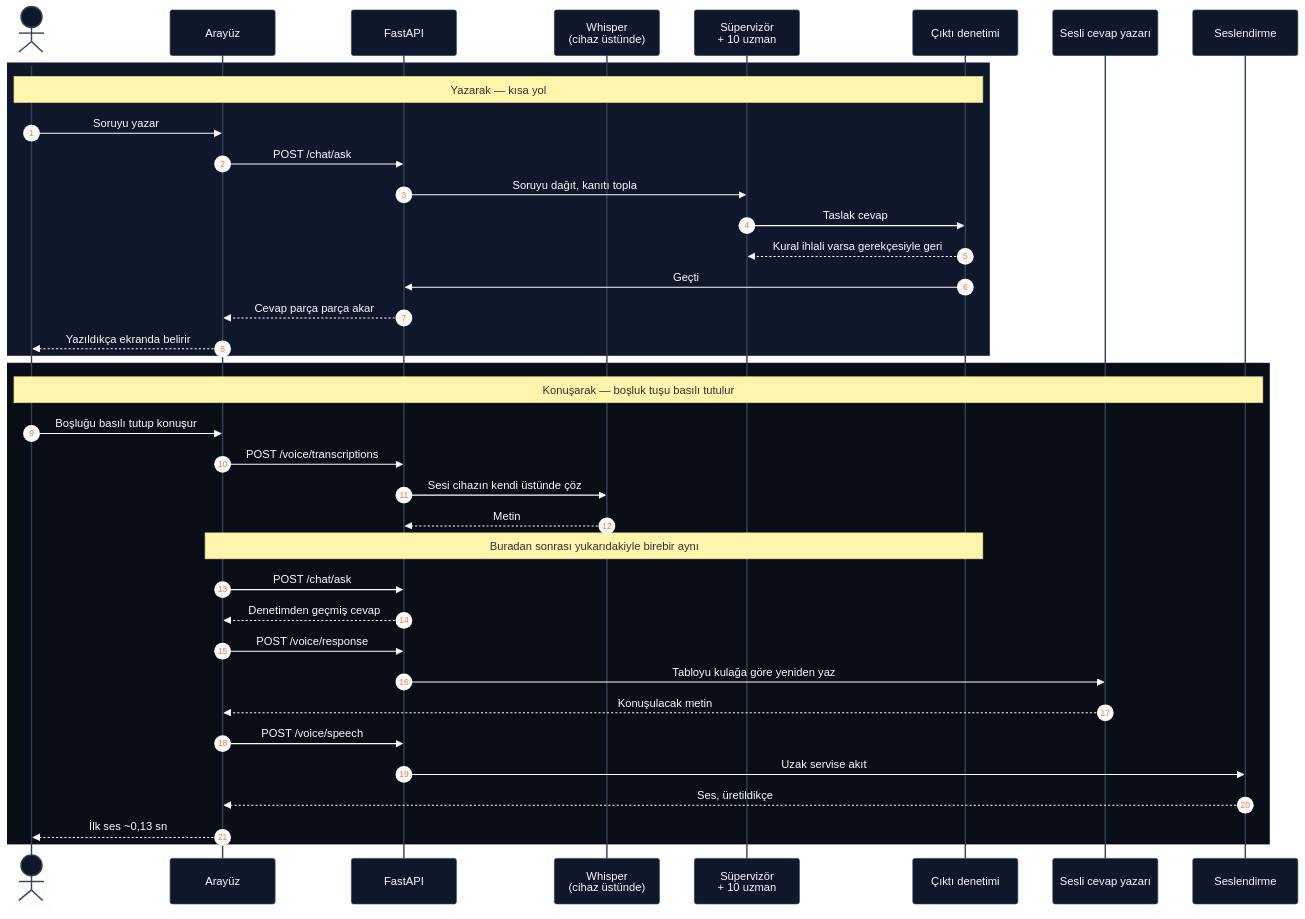
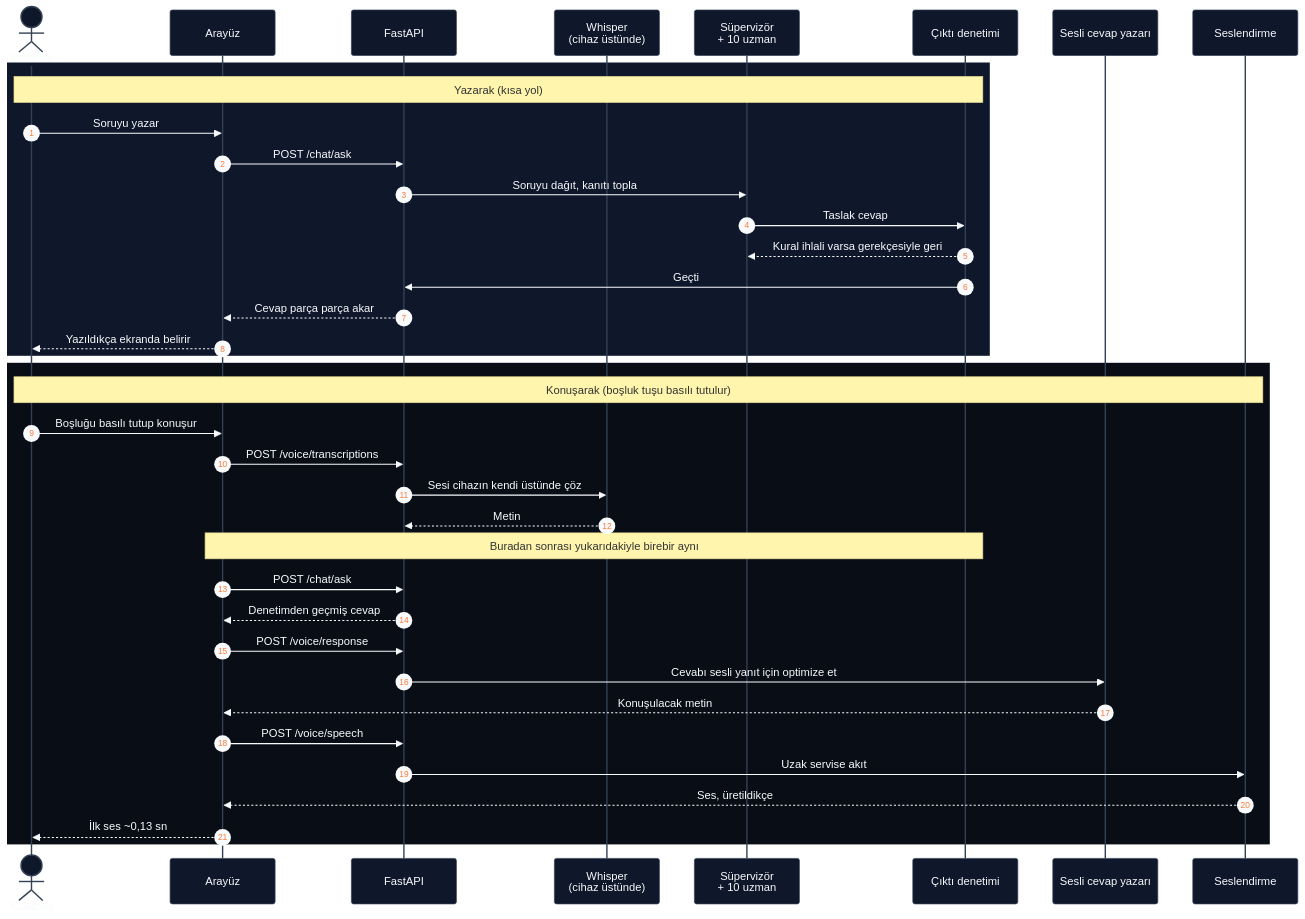
Before and after one commit to Abdurrahman-Wahdan/TEKNOFEST2026-Yapay-Zeka-Dil-Ajanlari-Yarismasi-KERMITS: the eighth of 18 diagrams in README.md, drawn with Mermaid. The commit also changed other lines of this file, not shown here.

Commit message:
Implement feature X to enhance user experience and optimize performance

````diff
--- a/README.md
+++ b/README.md
@@ -421,43 +421,43 @@
 ```mermaid
 %%{init: {'theme':'base','themeVariables':{'primaryColor':'#0f172a','primaryTextColor':'#f8fafc','primaryBorderColor':'#334155','lineColor':'#0284c7','secondaryColor':'#1e293b','tertiaryColor':'#0f172a','clusterBkg':'#090d16','clusterBorder':'#1e293b'}}}%%
 sequenceDiagram
     autonumber
     actor K as Kullanıcı
     participant UI as Arayüz
     participant API as FastAPI
     participant W as Whisper<br/>(cihaz üstünde)
     participant AJ as Süpervizör<br/>+ 10 uzman
     participant D as Çıktı denetimi
     participant Y as Sesli cevap yazarı
     participant S as Seslendirme
 
     rect rgb(15, 23, 42)
-    Note over K,D: Yazarak — kısa yol
+    Note over K,D: Yazarak (kısa yol)
     K->>UI: Soruyu yazar
     UI->>API: POST /chat/ask
     API->>AJ: Soruyu dağıt, kanıtı topla
     AJ->>D: Taslak cevap
     D-->>AJ: Kural ihlali varsa gerekçesiyle geri
     D->>API: Geçti
     API-->>UI: Cevap parça parça akar
     UI-->>K: Yazıldıkça ekranda belirir
     end
 
     rect rgb(9, 13, 22)
-    Note over K,S: Konuşarak — boşluk tuşu basılı tutulur
+    Note over K,S: Konuşarak (boşluk tuşu basılı tutulur)
     K->>UI: Boşluğu basılı tutup konuşur
     UI->>API: POST /voice/transcriptions
     API->>W: Sesi cihazın kendi üstünde çöz
     W-->>API: Metin
     Note over UI,D: Buradan sonrası yukarıdakiyle birebir aynı
     UI->>API: POST /chat/ask
     API-->>UI: Denetimden geçmiş cevap
     UI->>API: POST /voice/response
-    API->>Y: Tabloyu kulağa göre yeniden yaz
+    API->>Y: Cevabı sesli yanıt için optimize et
     Y-->>UI: Konuşulacak metin
     UI->>API: POST /voice/speech
     API->>S: Uzak servise akıt
     S-->>UI: Ses, üretildikçe
     UI-->>K: İlk ses ~0,13 sn
     end
 ```
````
